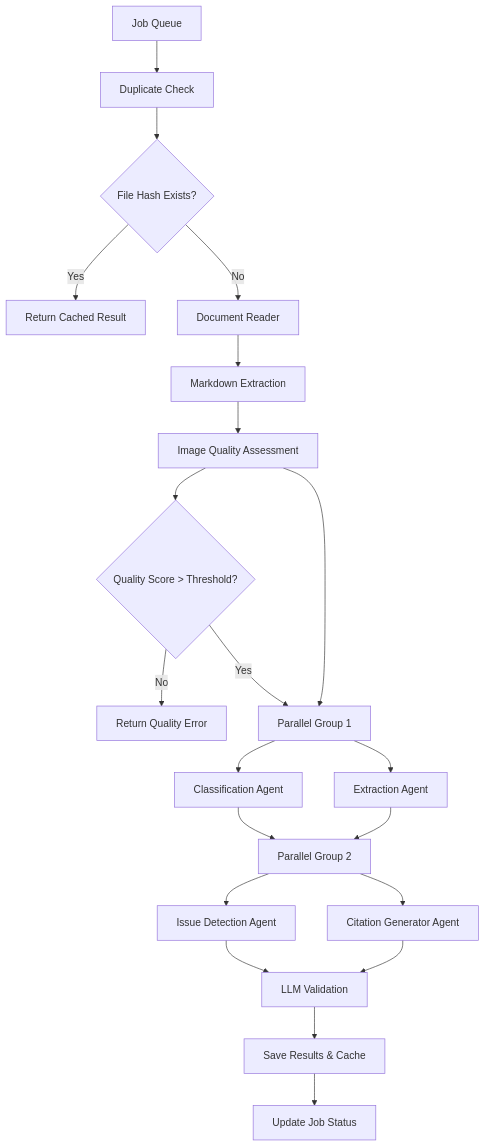
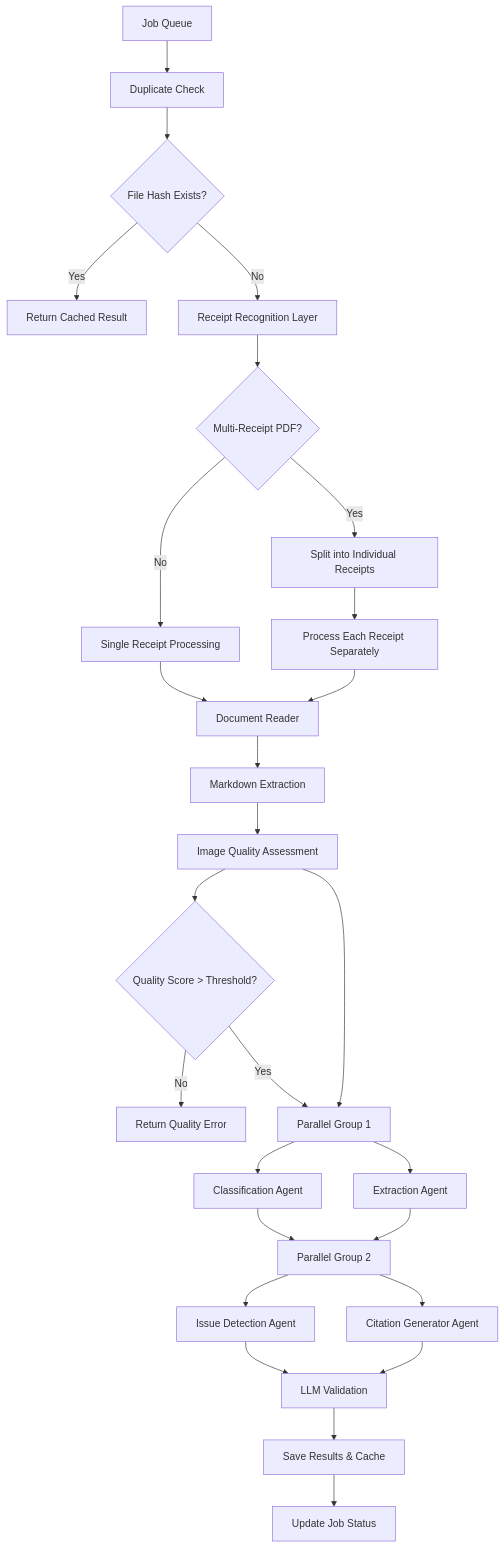
Before and after one commit to Really-Great-Tech/expenses-ai-api-wrapper: the second of 7 diagrams in MVP_ARCHITECTURE_PLAN.md, drawn with Mermaid. The commit also changed other lines of this file, not shown here.

Commit message:
Updated MVP Architecture Plan

````diff
--- a/MVP_ARCHITECTURE_PLAN.md
+++ b/MVP_ARCHITECTURE_PLAN.md
@@ -200,27 +227,33 @@
 ```mermaid
 graph TD
     A[Job Queue] --> B[Duplicate Check]
     B --> C{File Hash Exists?}
     C -->|Yes| D[Return Cached Result]
-    C -->|No| E[Document Reader]
-    E --> F[Markdown Extraction]
-    F --> G[Image Quality Assessment]
-    G --> H{Quality Score > Threshold?}
-    H -->|No| I[Return Quality Error]
-    H -->|Yes| J[Parallel Group 1]
+    C -->|No| E[Receipt Recognition Layer]
+    E --> F{Multi-Receipt PDF?}
+    F -->|Yes| G[Split into Individual Receipts]
+    F -->|No| H[Single Receipt Processing]
+    G --> I[Process Each Receipt Separately]
+    H --> J[Document Reader]
+    I --> J
+    J --> K[Markdown Extraction]
+    K --> L[Image Quality Assessment]
+    L --> M{Quality Score > Threshold?}
+    M -->|No| N[Return Quality Error]
+    M -->|Yes| O[Parallel Group 1]
     
-    J --> K[Classification Agent]
-    J --> L[Extraction Agent]
-    G --> J
+    O --> P[Classification Agent]
+    O --> Q[Extraction Agent]
+    L --> O
     
-    K --> M[Parallel Group 2]
-    L --> M
+    P --> R[Parallel Group 2]
+    Q --> R
     
-    M --> N[Issue Detection Agent]
-    M --> O[Citation Generator Agent]
+    R --> S[Issue Detection Agent]
+    R --> T[Citation Generator Agent]
     
-    N --> P[LLM Validation]
-    O --> P
-    P --> Q[Save Results & Cache]
-    Q --> R[Update Job Status]
+    S --> U[LLM Validation]
+    T --> U
+    U --> V[Save Results & Cache]
+    V --> W[Update Job Status]
 ```
````
